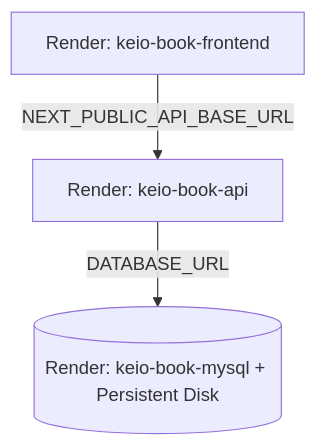
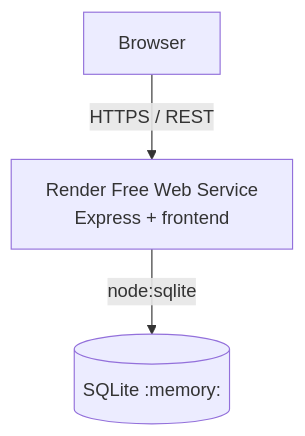
Before and after one commit to Shundai0110/webproFinalApp: the sixth of 6 diagrams in README.md, drawn with Mermaid. The commit also changed other lines of this file and 36 other files, not shown here.

````diff
--- a/README.md
+++ b/README.md
@@ -1459,9 +1446,9 @@
 ```mermaid
 flowchart TB
-    Frontend[Render: keio-book-frontend]
-    Backend[Render: keio-book-api]
-    MySQL[(Render: keio-book-mysql + Persistent Disk)]
+    Browser[Browser]
+    Service[Render Free Web Service<br/>Express + frontend]
+    SQLite[(SQLite :memory:)]
 
-    Frontend -->|NEXT_PUBLIC_API_BASE_URL| Backend
-    Backend -->|DATABASE_URL| MySQL
+    Browser -->|HTTPS / REST| Service
+    Service -->|node:sqlite| SQLite
 ```
````
